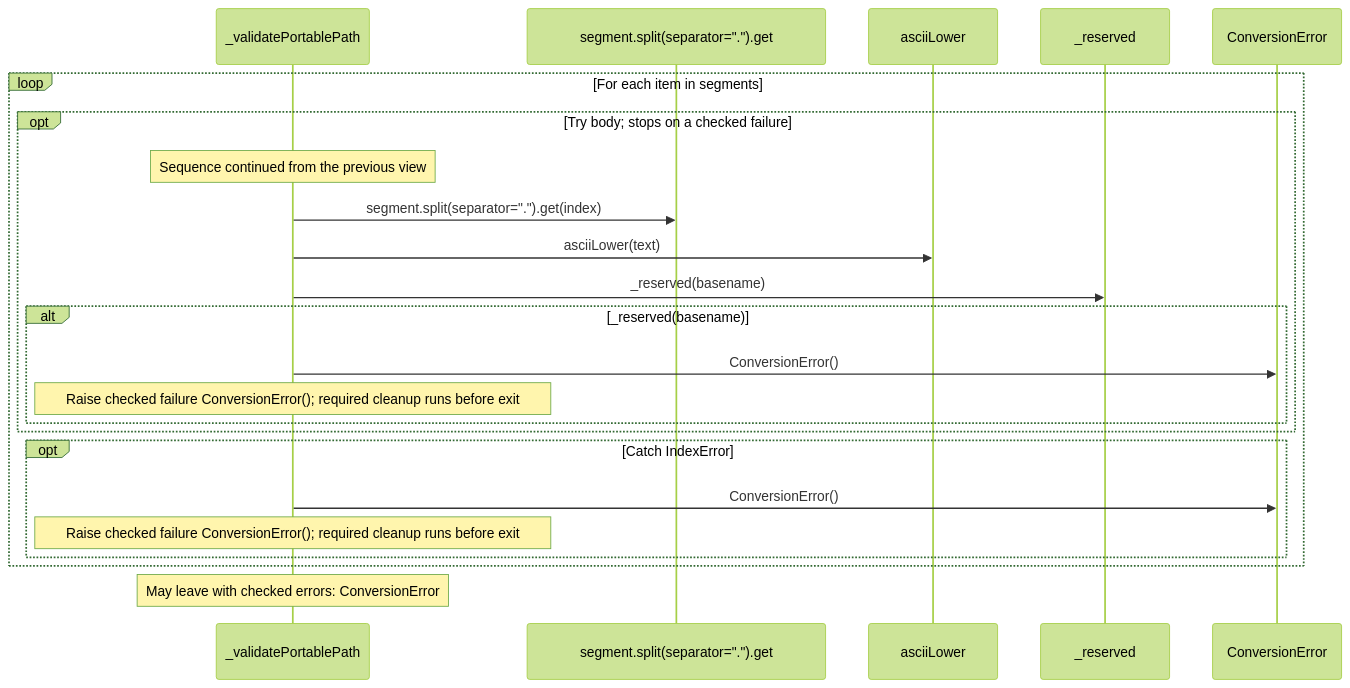
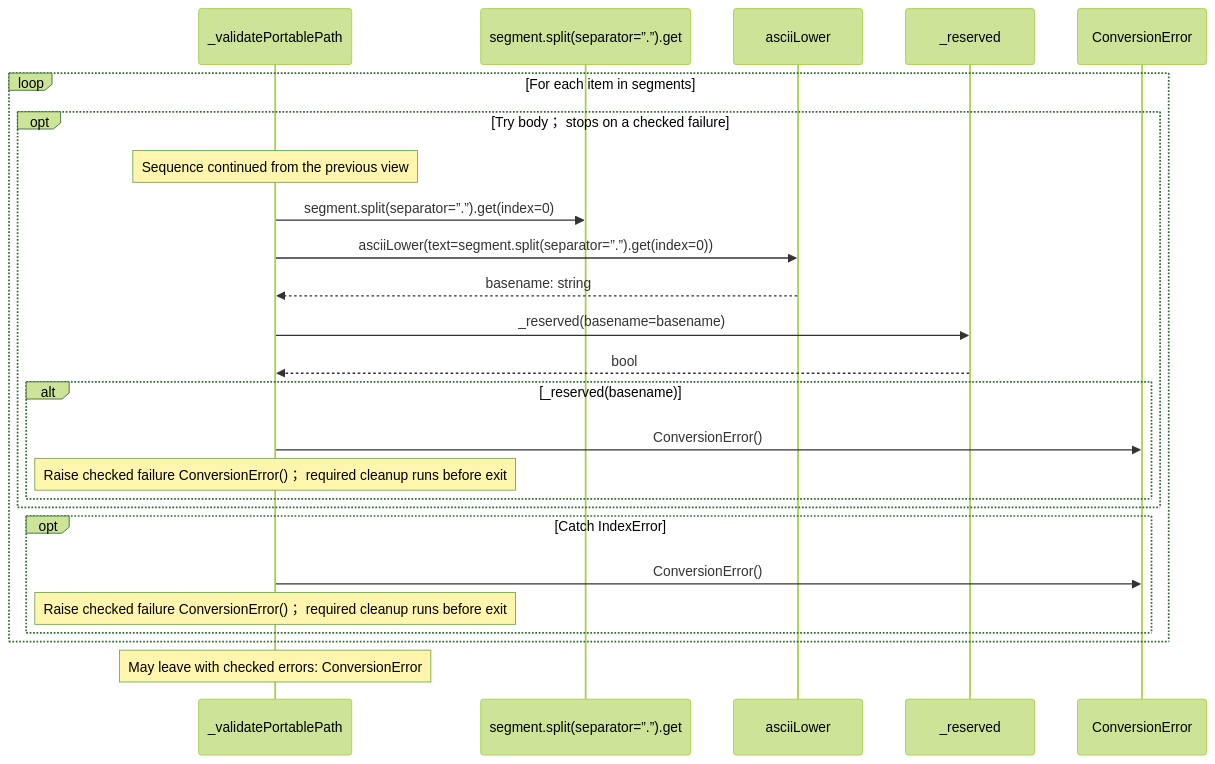
The seventh of 8 diagrams in src/stdlib/values/paths.aug.diagrams.md (GreenPandaStudios/augscript), drawn with Mermaid (forest theme) before and after one commit. The commit also changed other lines of this file and 524 other files, not shown here.

Commit message:
Explain checked data flow at folder and service levels

````diff
--- a/src/stdlib/values/paths.aug.diagrams.md
+++ b/src/stdlib/values/paths.aug.diagrams.md
@@ -190,25 +187,27 @@
 ```mermaid
 sequenceDiagram
     participant p0 as _validatePortablePath
-    participant p1 as segment.split(separator=#34;.#34;).get
+    participant p1 as segment.split(separator=”.”).get
     participant p2 as asciiLower
     participant p3 as _reserved
     participant p4 as ConversionError
     loop For each item in segments
-    opt Try body#59; stops on a checked failure
+    opt Try body； stops on a checked failure
     Note over p0: Sequence continued from the previous view
-    p0->>p1: segment.split(separator=#34;.#34;).get(index)
-    p0->>p2: asciiLower(text)
-    p0->>p3: _reserved(basename)
+    p0->>p1: segment.split(separator=”.”).get(index=0)
+    p0->>p2: asciiLower(text=segment.split(separator=”.”).get(index=0))
+    p2-->>p0: basename: string
+    p0->>p3: _reserved(basename=basename)
+    p3-->>p0: bool
     alt _reserved(basename)
     p0->>p4: ConversionError()
-    Note over p0: Raise checked failure ConversionError()#59; required cleanup runs before exit
+    Note over p0: Raise checked failure ConversionError()； required cleanup runs before exit
     end
     end
     opt Catch IndexError
     p0->>p4: ConversionError()
-    Note over p0: Raise checked failure ConversionError()#59; required cleanup runs before exit
+    Note over p0: Raise checked failure ConversionError()； required cleanup runs before exit
     end
     end
     Note over p0: May leave with checked errors: ConversionError
 ```
````
